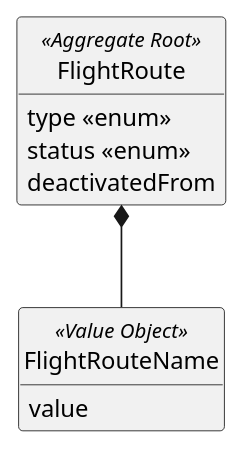
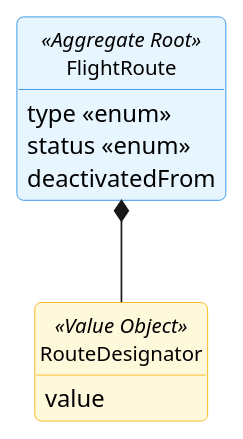
The diagram in docs/global-artifacts/02.analysis/puml/Aggregates/FlightRouteAggregateDM.puml (GustavoFerreira24/flight-management-platform), drawn with PlantUML before and after one commit. The commit also changed 13 other files, not shown here.

Commit message:
US10(Code) - Refactor aggregate models to enhance visual representation and relationships in UML diagrams [#11][#12][#13][#14]

```diff
--- a/docs/global-artifacts/02.analysis/puml/Aggregates/FlightRouteAggregateDM.puml
+++ b/docs/global-artifacts/02.analysis/puml/Aggregates/FlightRouteAggregateDM.puml
@@ -1,22 +1,38 @@
 @startuml
-skinparam monochrome true
-skinparam packageStyle rectangle
-skinparam shadowing false
-skinparam classAttributeIconSize 0
+skinparam {
+    BackgroundColor white
+    RoundCorner 8
+    Shadowing false
+    Handwritten false
+    ClassAttributeIconSize 0
+
+    ClassBackgroundColor white
+    ClassBorderColor #495057
+    ClassFontSize 12
+
+    ClassBackgroundColor<<Aggregate Root>> #E7F5FF
+    ClassBorderColor<<Aggregate Root>> #228BE6
+
+    ClassBackgroundColor<<Value Object>> #FFF9DB
+    ClassBorderColor<<Value Object>> #FAB005
+
+    ClassBackgroundColor<<Entity>> #F3F0FF
+    ClassBorderColor<<Entity>> #7950F2
+}
 hide circle
 hide methods
 
 class FlightRoute <<Aggregate Root>> {
     type <<enum>>
     status <<enum>>
     deactivatedFrom
 }
 
-class FlightRouteName <<Value Object>> {
+class RouteDesignator <<Value Object>> {
     value
 }
 
-FlightRoute *-- FlightRouteName
+FlightRoute *-- RouteDesignator
 
 
 @enduml
```
